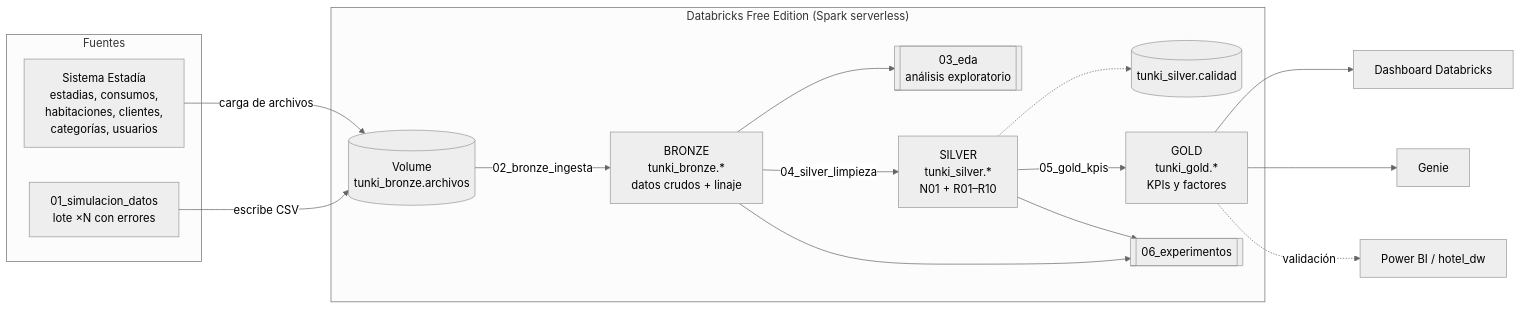
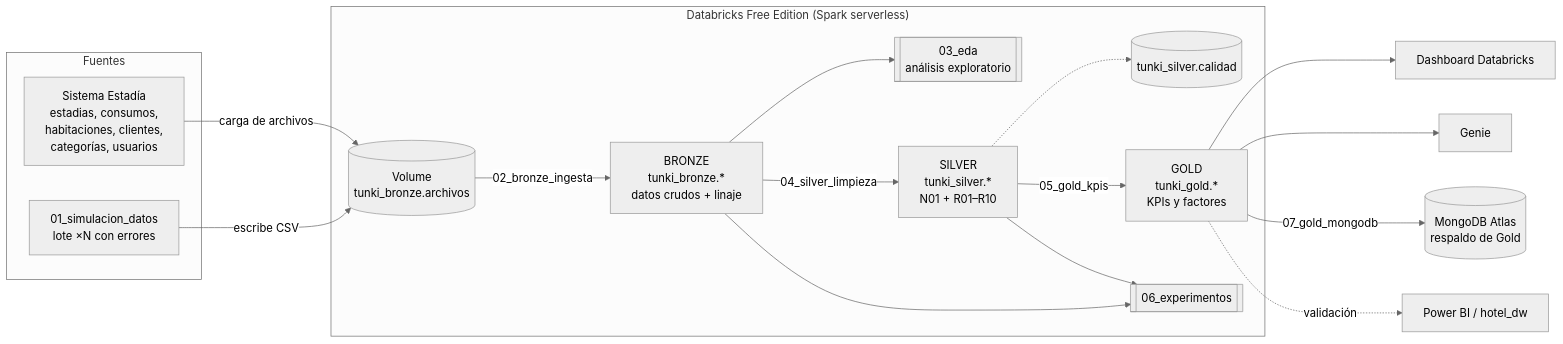
One commit to AlexAmancio/proyecto-bi-bigdata changed the first of 2 diagrams in bigdata/README.md. Above: the diagram before and after it, drawn with Mermaid (neutral theme). The commit also changed other lines of this file and 3 other files, not shown here.

First line of the commit message:
Respaldo de las tablas Gold en MongoDB Atlas dentro del pipeline

````diff
--- a/bigdata/README.md
+++ b/bigdata/README.md
@@ -25,27 +25,28 @@
 ```mermaid
 flowchart LR
     subgraph Fuentes
         S1[Sistema Estadía<br/>estadias, consumos,<br/>habitaciones, clientes,<br/>categorías, usuarios]
         S2[01_simulacion_datos<br/>lote ×N con errores]
     end
     subgraph "Databricks Free Edition (Spark serverless)"
         V[(Volume<br/>tunki_bronze.archivos)]
         B[BRONZE<br/>tunki_bronze.*<br/>datos crudos + linaje]
         E[[03_eda<br/>análisis exploratorio]]
         SV[SILVER<br/>tunki_silver.*<br/>N01 + R01–R10]
         Q[(tunki_silver.calidad)]
         G[GOLD<br/>tunki_gold.*<br/>KPIs y factores]
         X[[06_experimentos]]
     end
     S1 -- carga de archivos --> V
     S2 -- escribe CSV --> V
     V -- 02_bronze_ingesta --> B
     B --> E
     B -- 04_silver_limpieza --> SV
     SV -.-> Q
     SV -- 05_gold_kpis --> G
     G --> D[Dashboard Databricks]
     G --> GN[Genie]
+    G -- 07_gold_mongodb --> M[(MongoDB Atlas<br/>respaldo de Gold)]
     G -. validación .-> PBI[Power BI / hotel_dw]
     B & SV --> X
 ```
````
